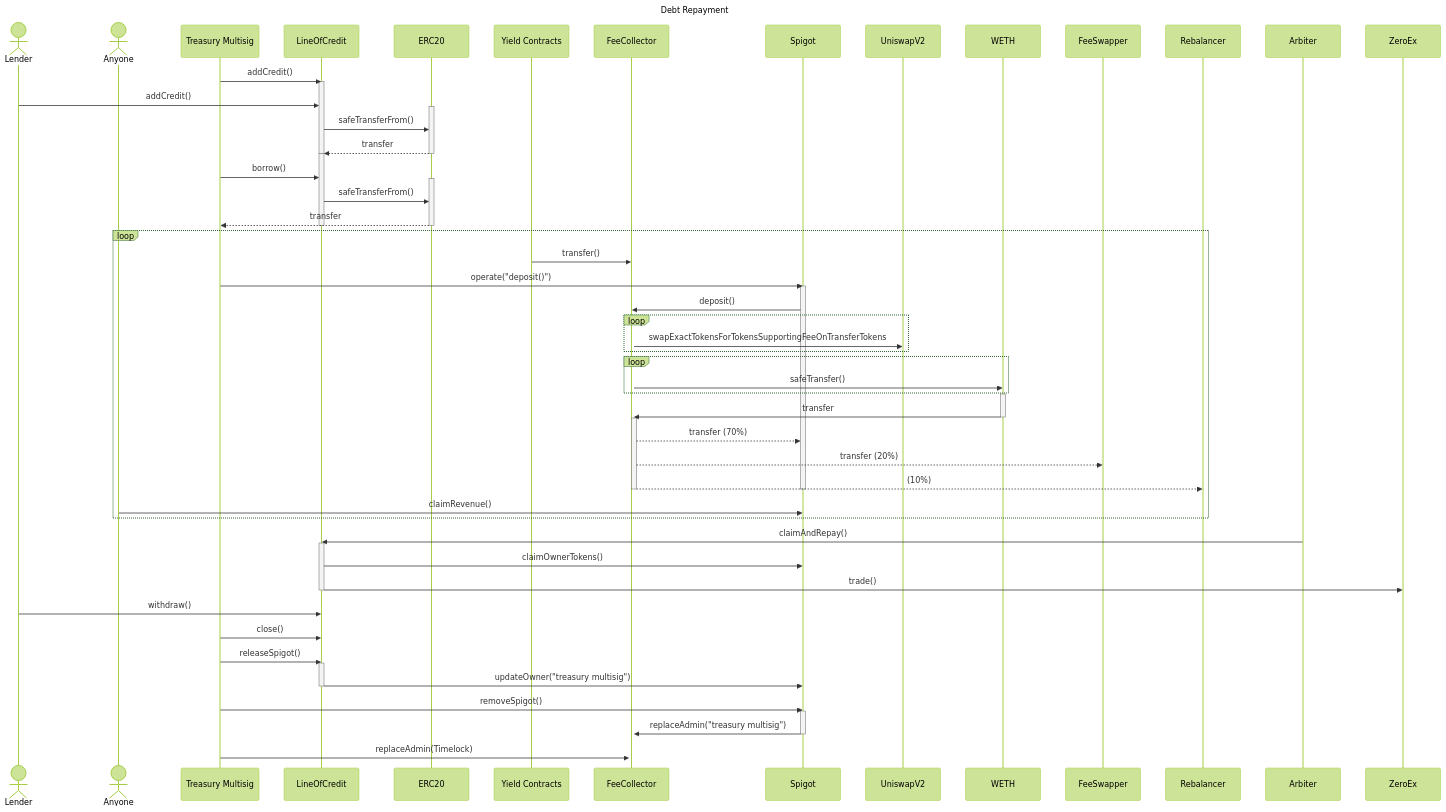
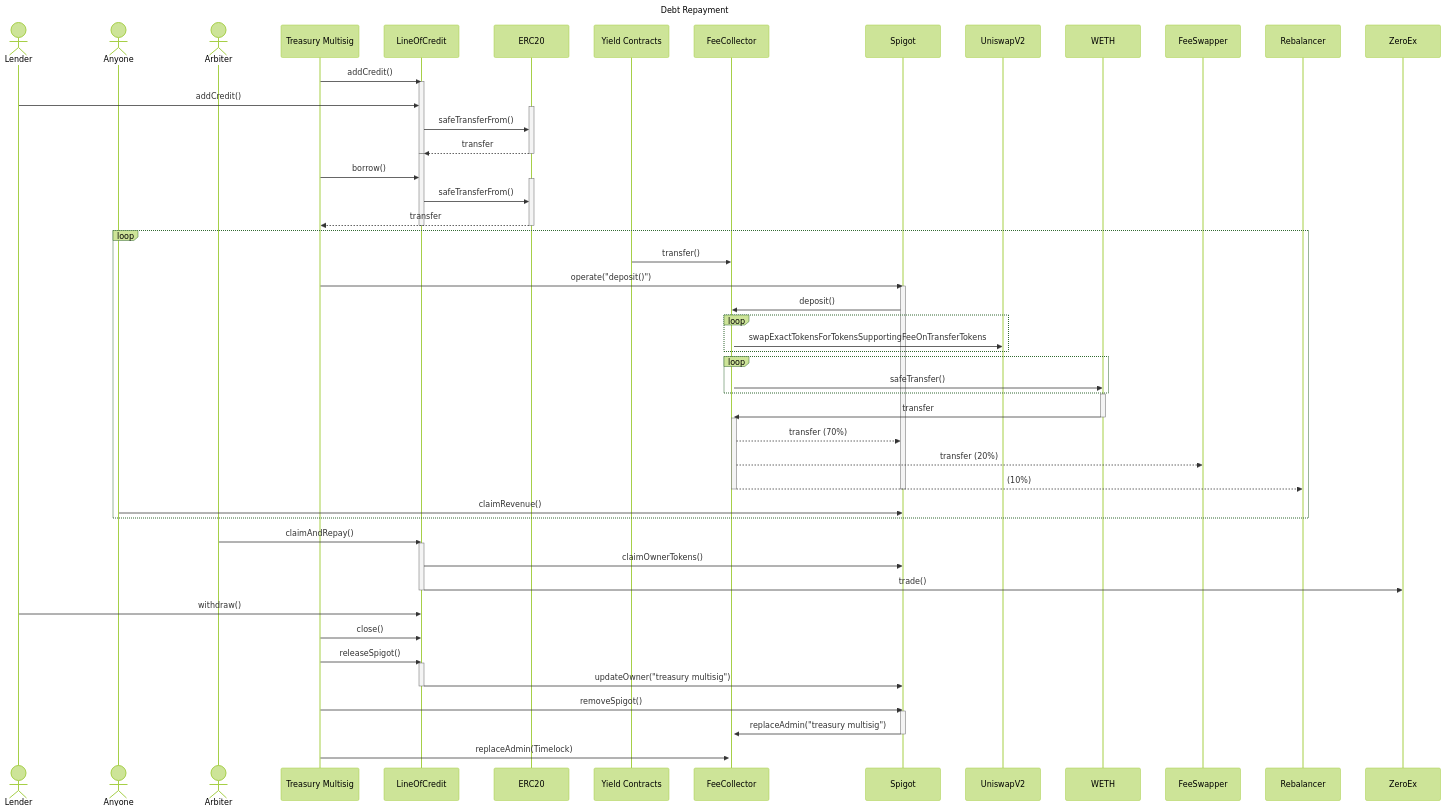
The third of 3 diagrams in migrations/idle-finance/GUIDE.md (debtdao/spigot-migrations), drawn with Mermaid (forest theme) before and after one commit. The commit also changed 2 other files, not shown here.

Commit message:
make Arbiter actor in mermaid diagram

````diff
--- a/migrations/idle-finance/GUIDE.md
+++ b/migrations/idle-finance/GUIDE.md
@@ -96,80 +96,81 @@
 ```mermaid
 sequenceDiagram
     title Debt Repayment
 
     actor Lender
     actor Anyone
+    actor Arbiter
 
     Treasury Multisig ->> LineOfCredit: addCredit()
     activate LineOfCredit
     Lender ->> LineOfCredit: addCredit()
     activate ERC20
     LineOfCredit ->> ERC20: safeTransferFrom()
     ERC20 -->> LineOfCredit: transfer
     deactivate ERC20
     deactivate LineOfCredit
 
     activate LineOfCredit
     Treasury Multisig ->> LineOfCredit: borrow()
     activate ERC20
     LineOfCredit ->> ERC20: safeTransferFrom()
     ERC20 -->> Treasury Multisig: transfer
     deactivate ERC20
     deactivate LineOfCredit
 
     loop
       Yield Contracts ->> FeeCollector: transfer()
 
 
       Treasury Multisig ->> Spigot: operate("deposit()")
       activate Spigot
       Spigot ->> FeeCollector: deposit()
       activate FeeCollector
       loop
           FeeCollector ->> UniswapV2: swapExactTokensForTokensSupportingFeeOnTransferTokens
       end
       loop
           FeeCollector ->> WETH: safeTransfer()
       end
 
       activate WETH
 
       WETH ->> FeeCollector: transfer
 
       deactivate WETH
 
       activate FeeCollector
 
       FeeCollector -->> Spigot: transfer (70%)
       FeeCollector -->> FeeSwapper: transfer (20%)
       FeeCollector -->> Rebalancer: (10%)
 
       deactivate FeeCollector
 
 
       deactivate Spigot
 
       Anyone ->> Spigot: claimRevenue()
     end
 
     Arbiter ->> LineOfCredit: claimAndRepay()
     activate LineOfCredit
     LineOfCredit ->> Spigot: claimOwnerTokens()
     LineOfCredit ->> ZeroEx: trade()
     deactivate LineOfCredit
     Lender ->> LineOfCredit: withdraw()
     Treasury Multisig ->> LineOfCredit: close()
     Treasury Multisig ->> LineOfCredit: releaseSpigot()
     activate LineOfCredit
     LineOfCredit ->> Spigot: updateOwner("treasury multisig")
     deactivate LineOfCredit
     Treasury Multisig ->> Spigot: removeSpigot()
     activate Spigot
     Spigot ->> FeeCollector: replaceAdmin("treasury multisig")
     deactivate Spigot
     Treasury Multisig ->> FeeCollector: replaceAdmin(Timelock)
 
 
 
 
 ```
````
